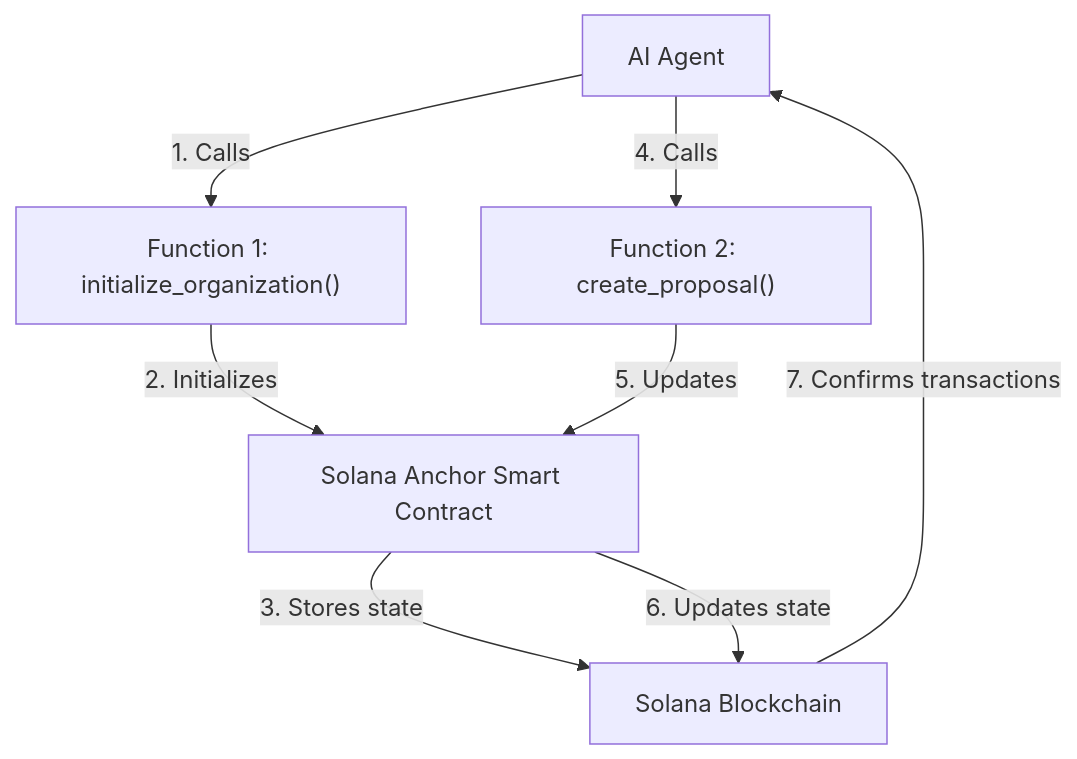
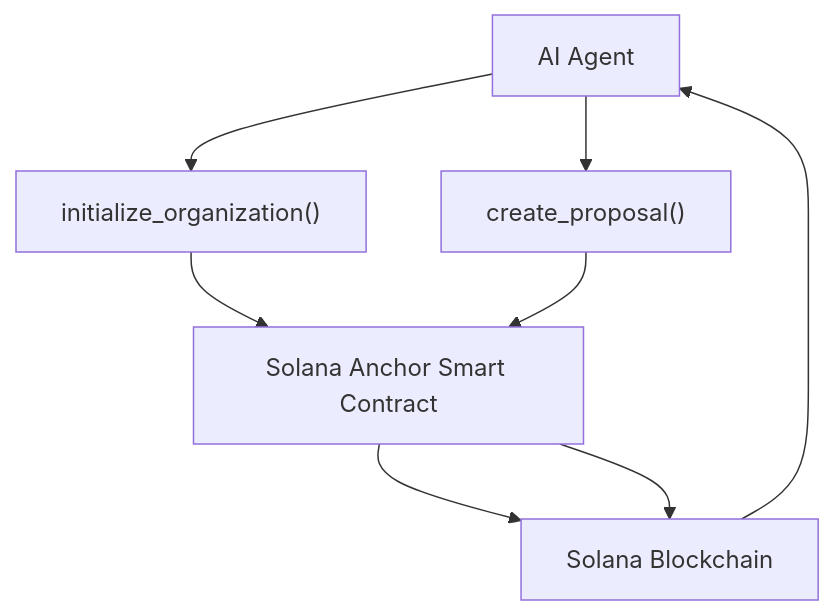
The diagram in README.md (4rjunc/nestfolio), drawn with Mermaid before and after one commit.

Commit message:
updating graph

````diff
--- a/README.md
+++ b/README.md
@@ -98,16 +98,16 @@
 ```mermaid
 graph TD
     A["AI Agent"]
     B["Solana Anchor Smart Contract"]
-    C["Function 1: initialize_organization()"]
-    D["Function 2: create_proposal()"]
+    C["initialize_organization()"]
+    D["create_proposal()"]
     E["Solana Blockchain"]
 
-    A -->|"1. Calls"| C
-    A -->|"4. Calls"| D
-    C -->|"2. Initializes"| B
-    D -->|"5. Updates"| B
-    B -->|"3. Stores state"| E
-    B -->|"6. Updates state"| E
-    E -->|"7. Confirms transactions"| A
+    A --> C
+    A --> D
+    C --> B
+    D --> B
+    B --> E
+    B --> E
+    E --> A
 ```
````
